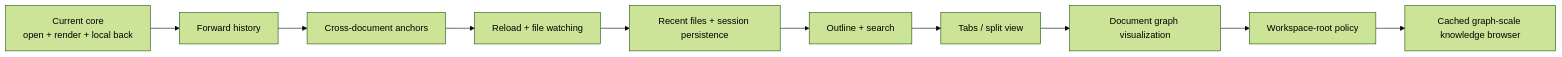
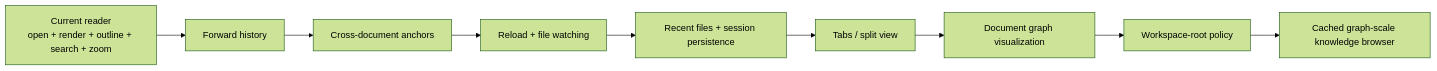
Diagram 23 of 25 in README.md (OrewellianWinston/Muddy_Reader), drawn with Mermaid (forest theme) before and after one commit. The commit also changed other lines of this file, not shown here.

Commit message:
docs: update reader capabilities and README math

````diff
--- a/README.md
+++ b/README.md
@@ -1400,12 +1455,11 @@
 ```mermaid
 flowchart LR
-    V1["Current core<br/>open + render + local back"] --> V11["Forward history"]
+    V1["Current reader<br/>open + render + outline + search + zoom"] --> V11["Forward history"]
     V11 --> V12["Cross-document anchors"]
     V12 --> V13["Reload + file watching"]
     V13 --> V14["Recent files + session persistence"]
-    V14 --> V2["Outline + search"]
-    V2 --> V21["Tabs / split view"]
+    V14 --> V21["Tabs / split view"]
     V21 --> V22["Document graph visualization"]
     V22 --> V23["Workspace-root policy"]
     V23 --> V3["Cached graph-scale knowledge browser"]
 ```
````
